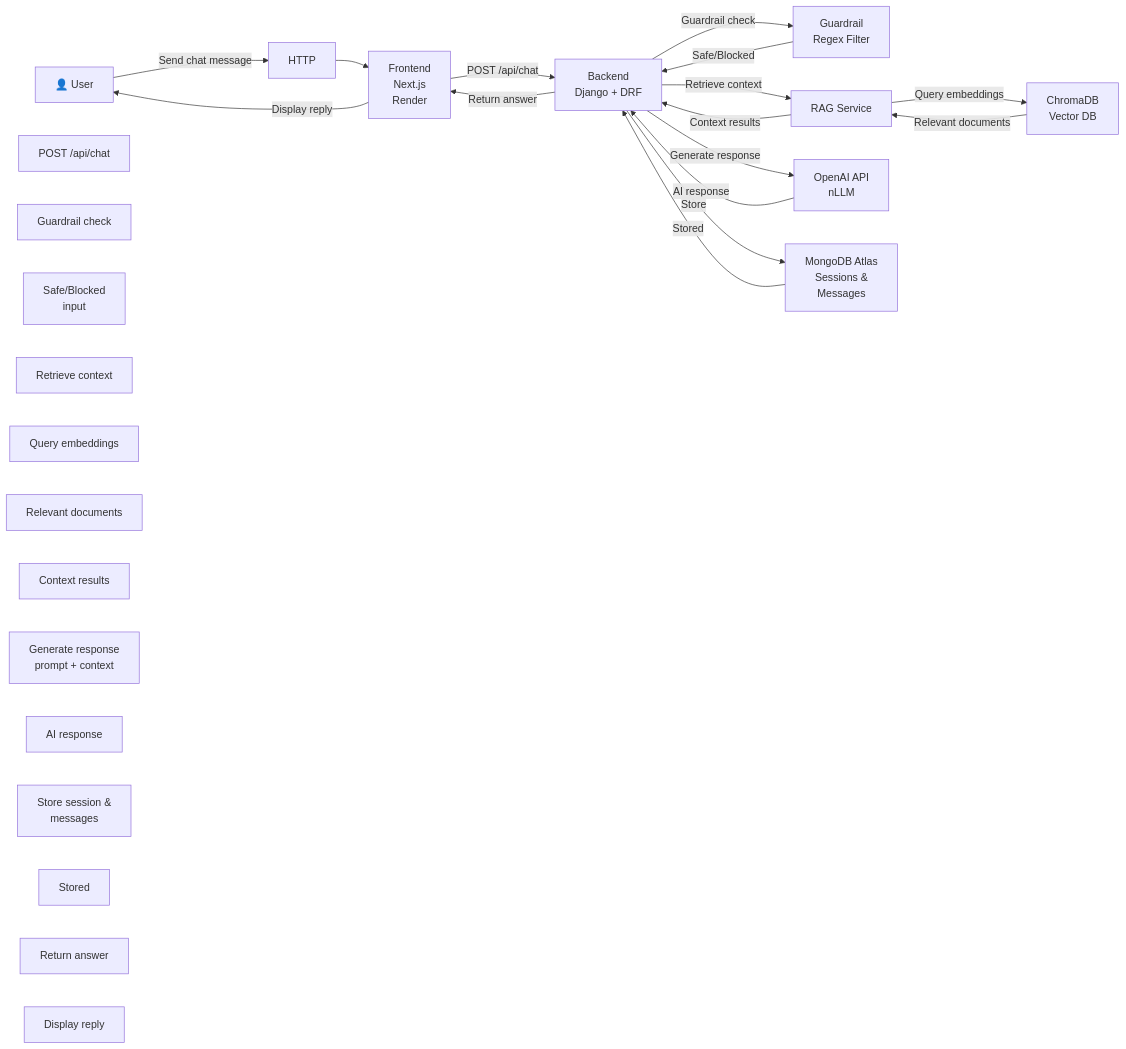
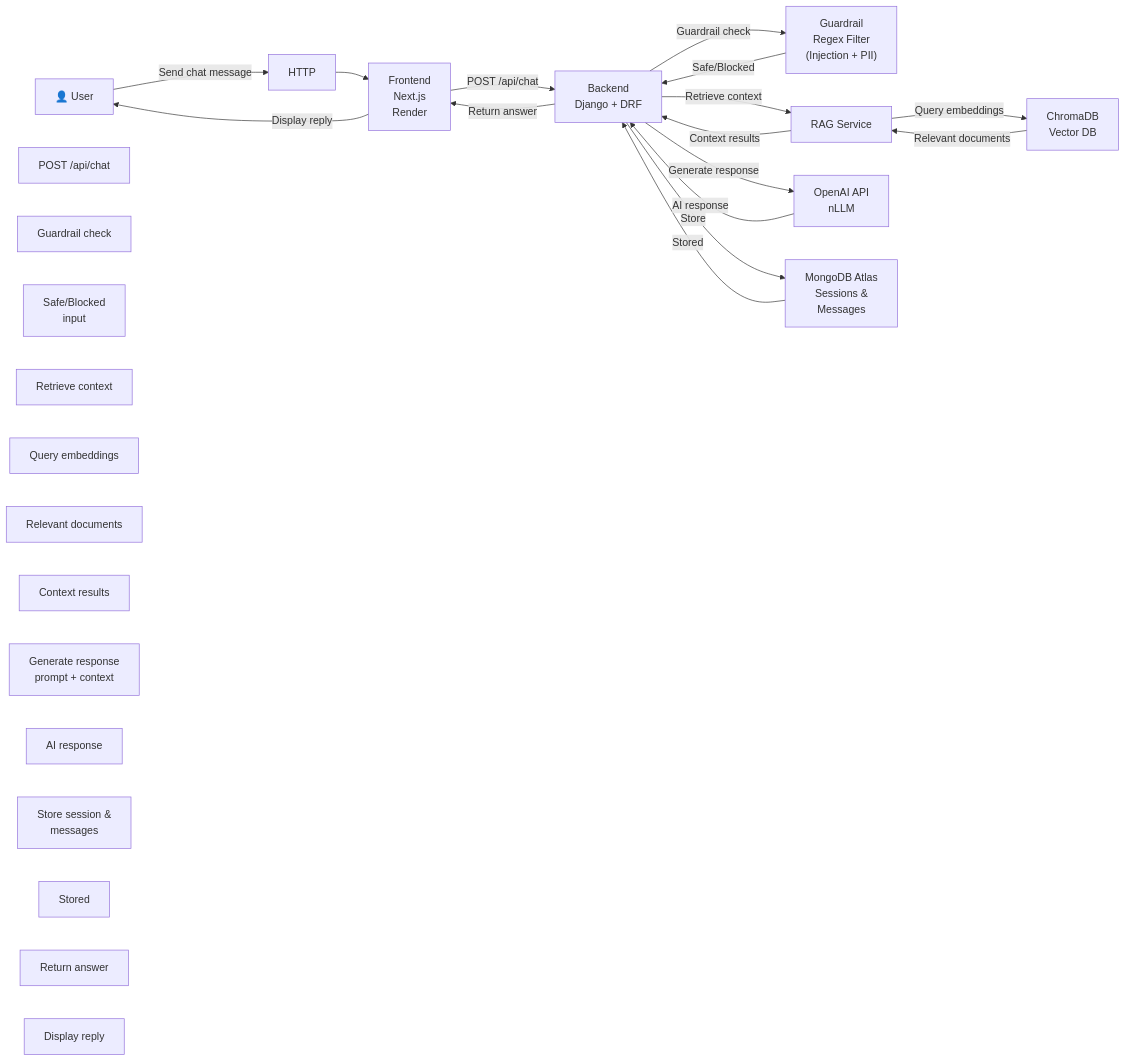
One commit to Ghostwolf371/Telesur-Chatbot changed the first of 2 diagrams in docs/Telebot- Architectuur Document.md. Above: the diagram before and after it, drawn with Mermaid. The commit also changed other lines of this file and 14 other files, not shown here.

````diff
--- a/docs/Telebot- Architectuur Document.md
+++ b/docs/Telebot- Architectuur Document.md
@@ -123,41 +127,41 @@
 ```mermaid
 graph LR
     User["👤 User"]
     HTTP["HTTP"]
     Frontend["Frontend<br/>Next.js<br/>Render"]
     POST["POST /api/chat"]
     Backend["Backend<br/>Django + DRF"]
     Check["Guardrail check"]
-    Guardrail["Guardrail<br/>Regex Filter"]
+    Guardrail["Guardrail<br/>Regex Filter<br/>(Injection + PII)"]
     Safe["Safe/Blocked<br/>input"]
     RetrieveCtx["Retrieve context"]
     RAG["RAG Service"]
     Query["Query embeddings"]
     ChromaDB["ChromaDB<br/>Vector DB"]
     RelevantDocs["Relevant documents"]
     ContextResults["Context results"]
     GenerateResp["Generate response<br/>prompt + context"]
     OpenAI["OpenAI API<br/>nLLM"]
     AIResponse["AI response"]
     Store["Store session &<br/>messages"]
     MongoDB["MongoDB Atlas<br/>Sessions &<br/>Messages"]
     Stored["Stored"]
     ReturnAnswer["Return answer"]
     Display["Display reply"]
 
     User -->|Send chat message| HTTP
     HTTP --> Frontend
     Frontend -->|POST /api/chat| Backend
     Backend -->|Guardrail check| Guardrail
     Guardrail -->|Safe/Blocked| Backend
     Backend -->|Retrieve context| RAG
     RAG -->|Query embeddings| ChromaDB
     ChromaDB -->|Relevant documents| RAG
     RAG -->|Context results| Backend
     Backend -->|Generate response| OpenAI
     OpenAI -->|AI response| Backend
     Backend -->|Store| MongoDB
     MongoDB -->|Stored| Backend
     Backend -->|Return answer| Frontend
     Frontend -->|Display reply| User
 ```
````
